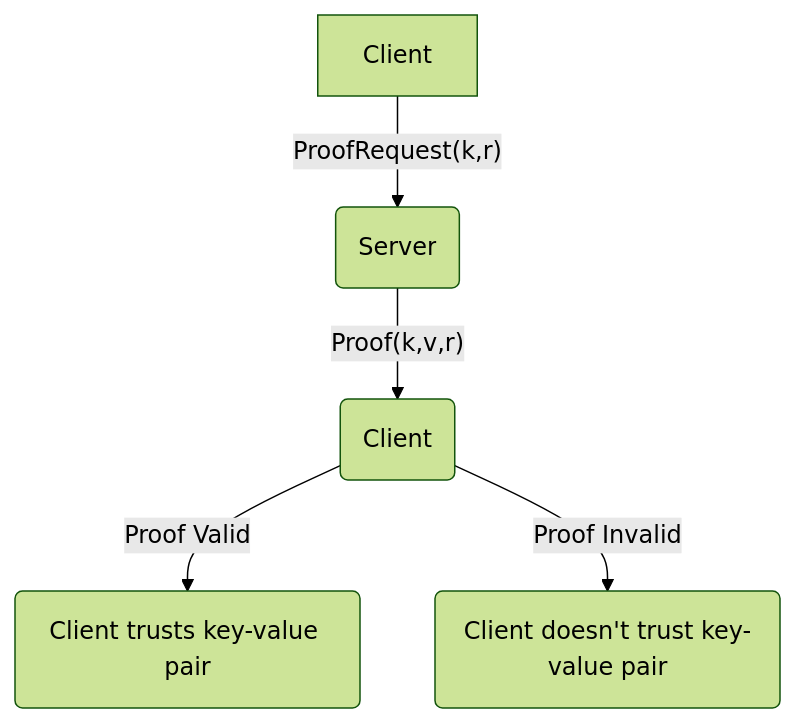
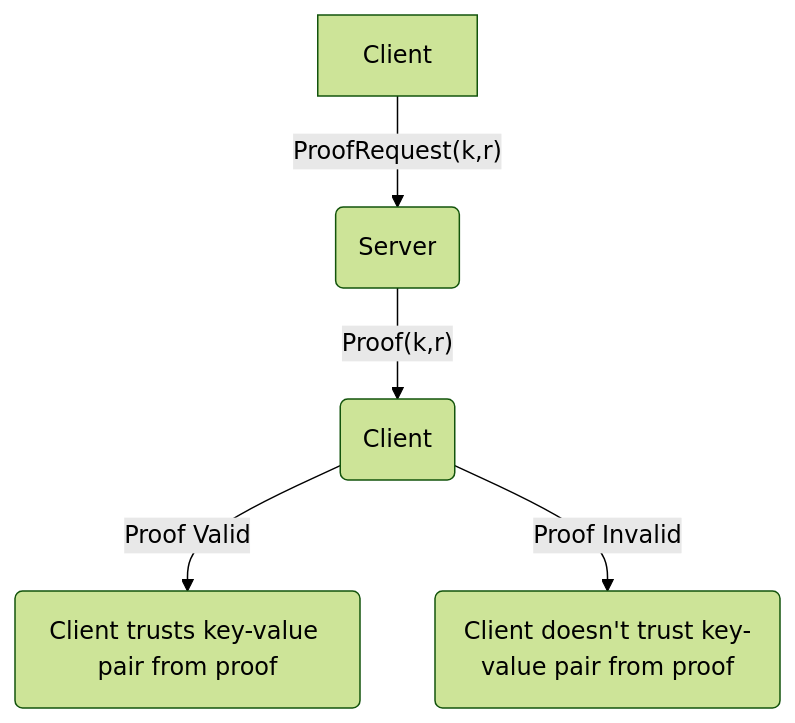
The first of 3 diagrams in x/merkledb/README.md (ava-labs/avalanchego), drawn with Mermaid (forest theme) before and after one commit. The commit also changed other lines of this file, not shown here.

````diff
--- a/x/merkledb/README.md
+++ b/x/merkledb/README.md
@@ -71,7 +73,7 @@
 ```mermaid
 flowchart TD
     A[Client] -->|"ProofRequest(k,r)"| B(Server)
-    B --> |"Proof(k,v,r)"| C(Client)
-    C --> |Proof Valid| D(Client trusts key-value pair)
-    C --> |Proof Invalid| E(Client doesn't trust key-value pair) 
+    B --> |"Proof(k,r)"| C(Client)
+    C --> |Proof Valid| D(Client trusts key-value pair from proof)
+    C --> |Proof Invalid| E(Client doesn't trust key-value pair from proof) 
 ```
````
